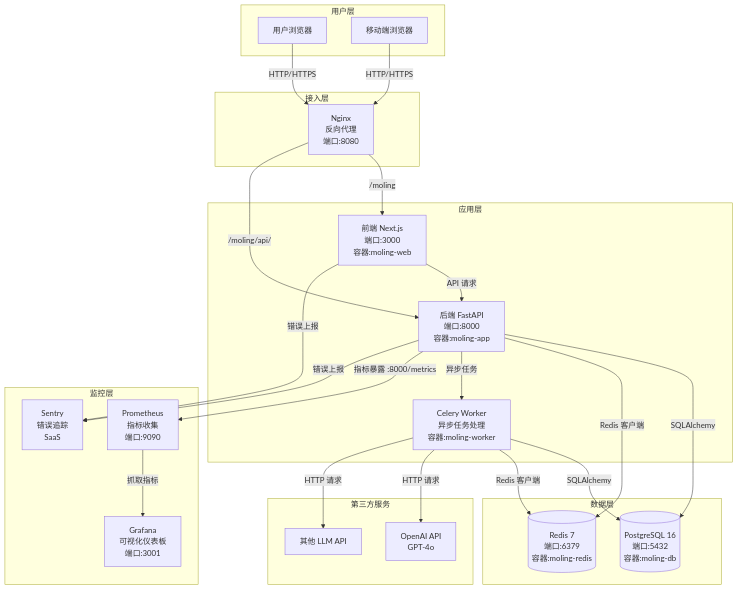
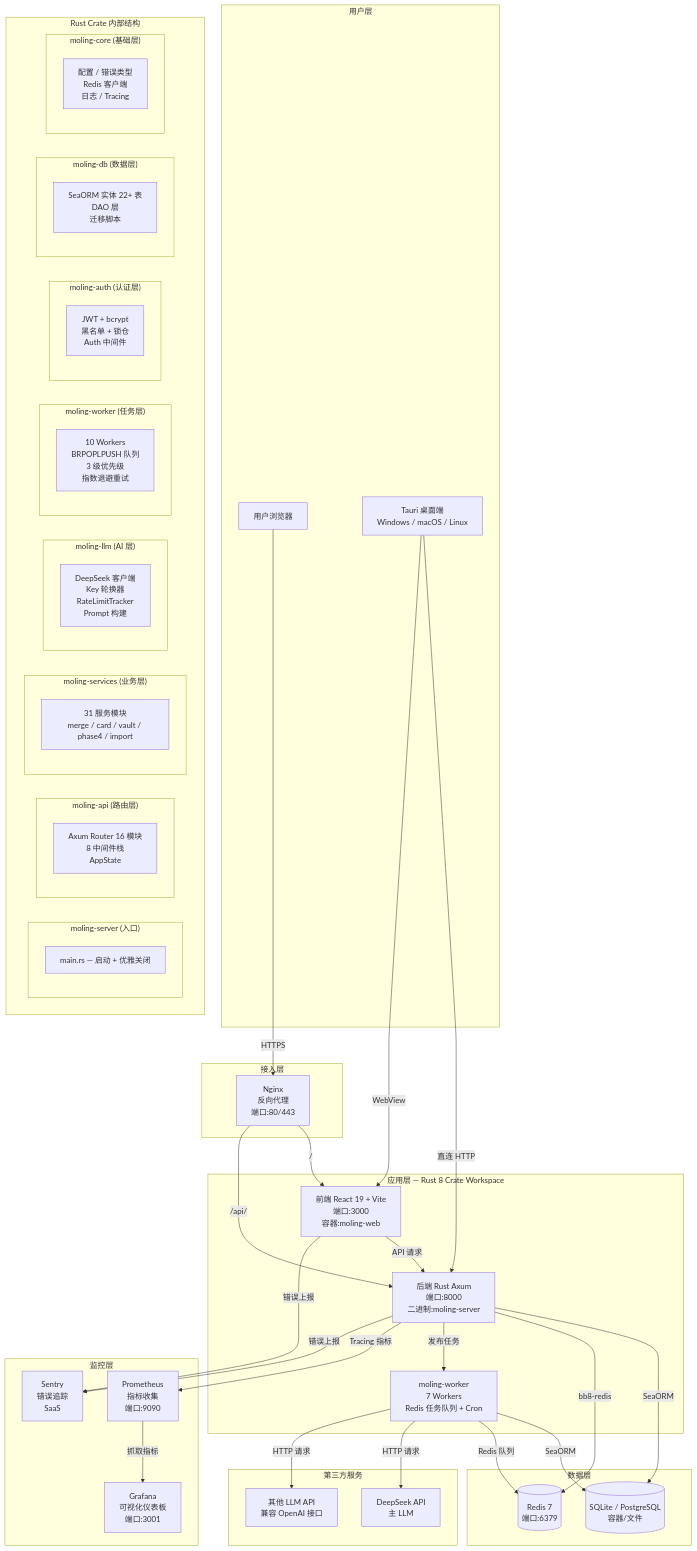
One commit to 2eho/moling changed the first of 7 diagrams in docs/ARCHITECTURE.md. Above: the diagram before and after it, drawn with Mermaid. The commit also changed other lines of this file and 185 other files, not shown here.

````diff
--- a/docs/ARCHITECTURE.md
+++ b/docs/ARCHITECTURE.md
@@ -50,50 +52,78 @@
 ```mermaid
 graph TB
     subgraph "用户层"
         A[用户浏览器]
-        B[移动端浏览器]
+        B[Tauri 桌面端<br/>Windows / macOS / Linux]
     end
 
     subgraph "接入层"
-        C[Nginx<br/>反向代理<br/>端口:8080]
+        C[Nginx<br/>反向代理<br/>端口:80/443]
     end
 
-    subgraph "应用层"
-        D[前端 Next.js<br/>端口:3000<br/>容器:moling-web]
-        E[后端 FastAPI<br/>端口:8000<br/>容器:moling-app]
-        F[Celery Worker<br/>异步任务处理<br/>容器:moling-worker]
+    subgraph "应用层 — Rust 8 Crate Workspace"
+        D[前端 React 19 + Vite<br/>端口:3000<br/>容器:moling-web]
+        E[后端 Rust Axum<br/>端口:8000<br/>二进制:moling-server]
+        F[moling-worker<br/>7 Workers<br/>Redis 任务队列 + Cron]
+    end
+
+    subgraph "Rust Crate 内部结构"
+        subgraph "moling-server (入口)"
+            ENTRY[main.rs — 启动 + 优雅关闭]
+        end
+        subgraph "moling-api (路由层)"
+            API[Axum Router 16 模块<br/>8 中间件栈<br/>AppState]
+        end
+        subgraph "moling-services (业务层)"
+            SVC[31 服务模块<br/>merge / card / vault / phase4 / import]
+        end
+        subgraph "moling-llm (AI 层)"
+            LLM[DeepSeek 客户端<br/>Key 轮换器<br/>RateLimitTracker<br/>Prompt 构建]
+        end
+        subgraph "moling-worker (任务层)"
+            WRK[10 Workers<br/>BRPOPLPUSH 队列<br/>3 级优先级<br/>指数退避重试]
+        end
+        subgraph "moling-auth (认证层)"
+            AUTH[JWT + bcrypt<br/>黑名单 + 锁仓<br/>Auth 中间件]
+        end
+        subgraph "moling-db (数据层)"
+            DB_CRATE[SeaORM 实体 22+ 表<br/>DAO 层<br/>迁移脚本]
+        end
+        subgraph "moling-core (基础层)"
+            CORE[配置 / 错误类型<br/>Redis 客户端<br/>日志 / Tracing]
+        end
     end
 
     subgraph "数据层"
-        G[(PostgreSQL 16<br/>端口:5432<br/>容器:moling-db)]
-        H[(Redis 7<br/>端口:6379<br/>容器:moling-redis)]
+        G[(SQLite / PostgreSQL<br/>容器/文件)]
+        H[(Redis 7<br/>端口:6379)]
     end
 
     subgraph "监控层"
         I[Prometheus<br/>指标收集<br/>端口:9090]
         J[Grafana<br/>可视化仪表板<br/>端口:3001]
         K[Sentry<br/>错误追踪<br/>SaaS]
     end
 
     subgraph "第三方服务"
-        L[OpenAI API<br/>GPT-4o]
-        M[其他 LLM API]
+        L[DeepSeek API<br/>主 LLM]
+        M[其他 LLM API<br/>兼容 OpenAI 接口]
     end
 
-    A -->|HTTP/HTTPS| C
-    B -->|HTTP/HTTPS| C
-    C -->|/moling| D
-    C -->|/moling/api/| E
+    A -->|HTTPS| C
+    B -->|直连 HTTP| E
+    B -->|WebView| D
+    C -->|/| D
+    C -->|/api/| E
     D -->|API 请求| E
-    E -->|SQLAlchemy| G
-    E -->|Redis 客户端| H
-    E -->|异步任务| F
-    F -->|SQLAlchemy| G
-    F -->|Redis 客户端| H
+    E -->|SeaORM| G
+    E -->|bb8-redis| H
+    E -->|发布任务| F
+    F -->|SeaORM| G
+    F -->|Redis 队列| H
     F -->|HTTP 请求| L
     F -->|HTTP 请求| M
-    E -->|指标暴露 :8000/metrics| I
+    E -->|Tracing 指标| I
     I -->|抓取指标| J
     E -->|错误上报| K
     D -->|错误上报| K
 ```
````
